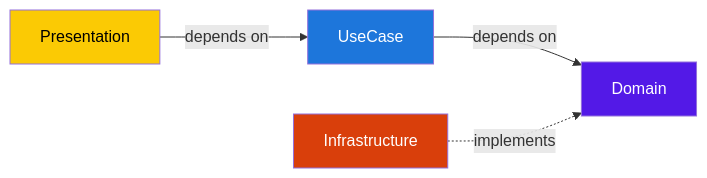
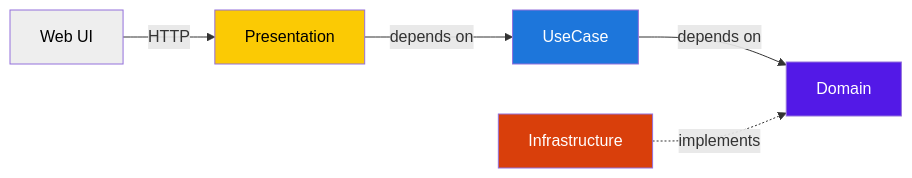
Before and after one commit to nemonsoon/ddd-issue-tracker: the diagram in README.md, drawn with Mermaid. The commit also changed other lines of this file and 3 other files, not shown here.

````diff
--- a/README.md
+++ b/README.md
@@ -25,11 +34,13 @@
 ```mermaid
 graph LR
-    P[Presentation] -->|depends on| U[UseCase]
+    W[Web UI] -->|HTTP| P[Presentation]
+    P -->|depends on| U[UseCase]
     U -->|depends on| D[Domain]
     I[Infrastructure] -.->|implements| D
 
     style D fill:#5319E7,color:#fff
     style U fill:#1D76DB,color:#fff
     style I fill:#D93F0B,color:#fff
     style P fill:#FBCA04,color:#000
+    style W fill:#EEEEEE,color:#000
 ```
````
